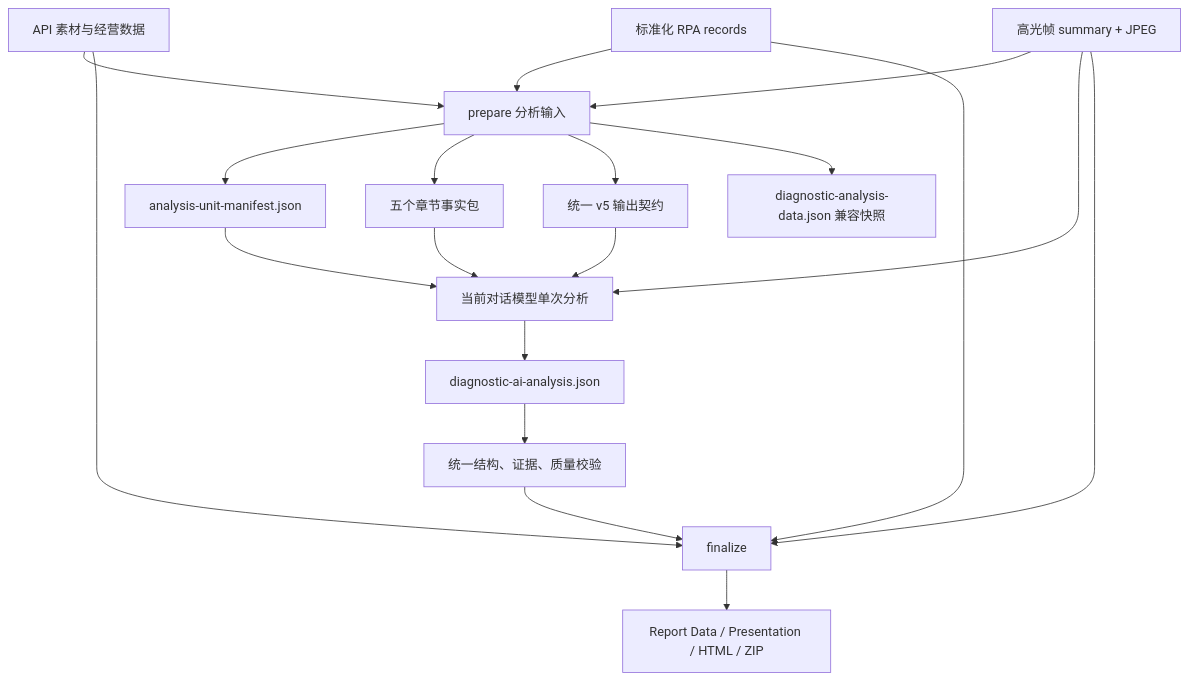
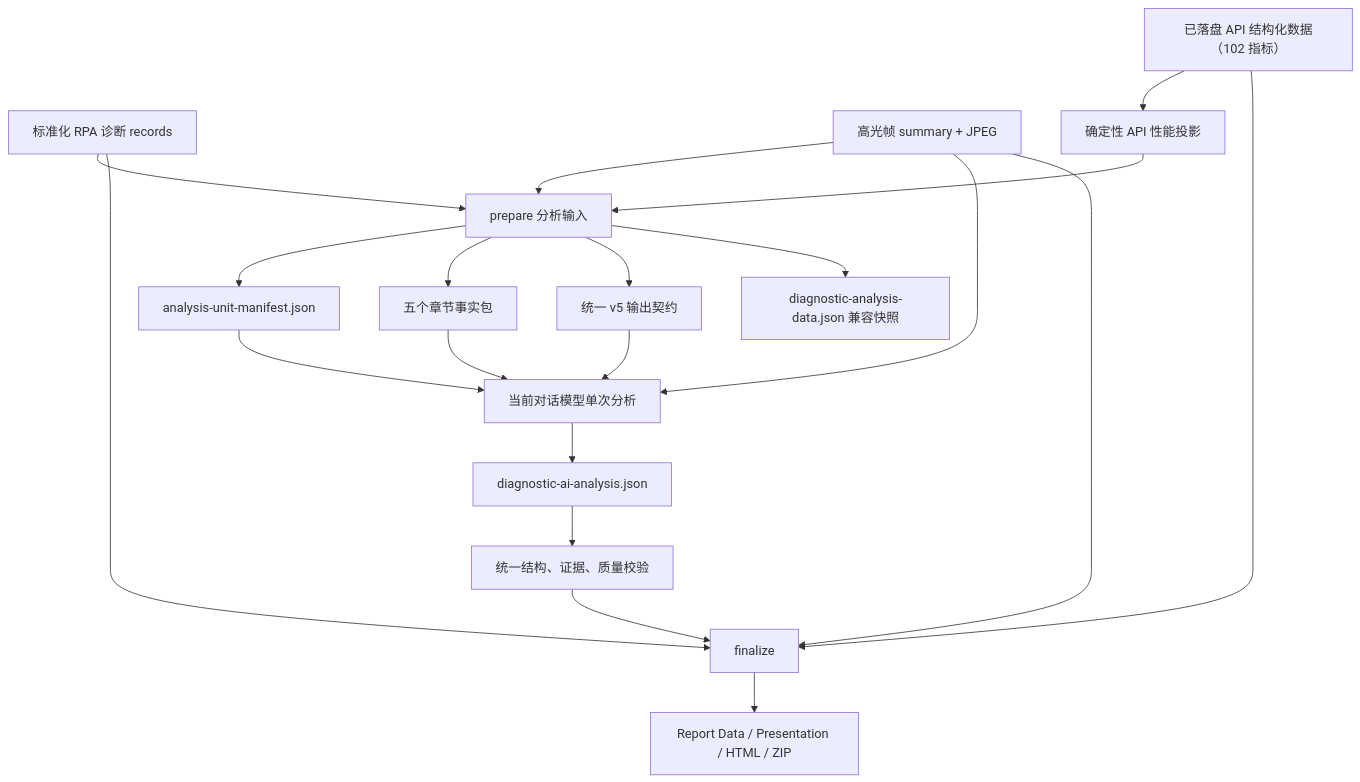
The diagram in docs/superpowers/specs/2026-08-27-qianchuan-analysis-input-modularization-design.md (Ayakatokyo/qianchuan-video-peak-frames), drawn with Mermaid before and after one commit. The commit also changed other lines of this file, not shown here.

````diff
--- a/docs/superpowers/specs/2026-08-27-qianchuan-analysis-input-modularization-design.md
+++ b/docs/superpowers/specs/2026-08-27-qianchuan-analysis-input-modularization-design.md
@@ -94,30 +114,31 @@
 ```mermaid
 flowchart TD
-    A["API 素材与经营数据"]
-    B["标准化 RPA records"]
+    A["已落盘 API 结构化数据（102 指标）"]
+    B["标准化 RPA 诊断 records"]
     C["高光帧 summary + JPEG"]
 
-    A --> D["prepare 分析输入"]
+    A --> A1["确定性 API 性能投影"]
+    A1 --> D["prepare 分析输入"]
     B --> D
     C --> D
 
     D --> E["analysis-unit-manifest.json"]
     D --> F["五个章节事实包"]
     D --> G["统一 v5 输出契约"]
     D --> H["diagnostic-analysis-data.json 兼容快照"]
 
     E --> I["当前对话模型单次分析"]
     F --> I
     G --> I
     C --> I
 
     I --> J["diagnostic-ai-analysis.json"]
     J --> K["统一结构、证据、质量校验"]
     K --> L["finalize"]
 
     A --> L
     B --> L
     C --> L
 
     L --> M["Report Data / Presentation / HTML / ZIP"]
 ```
````
